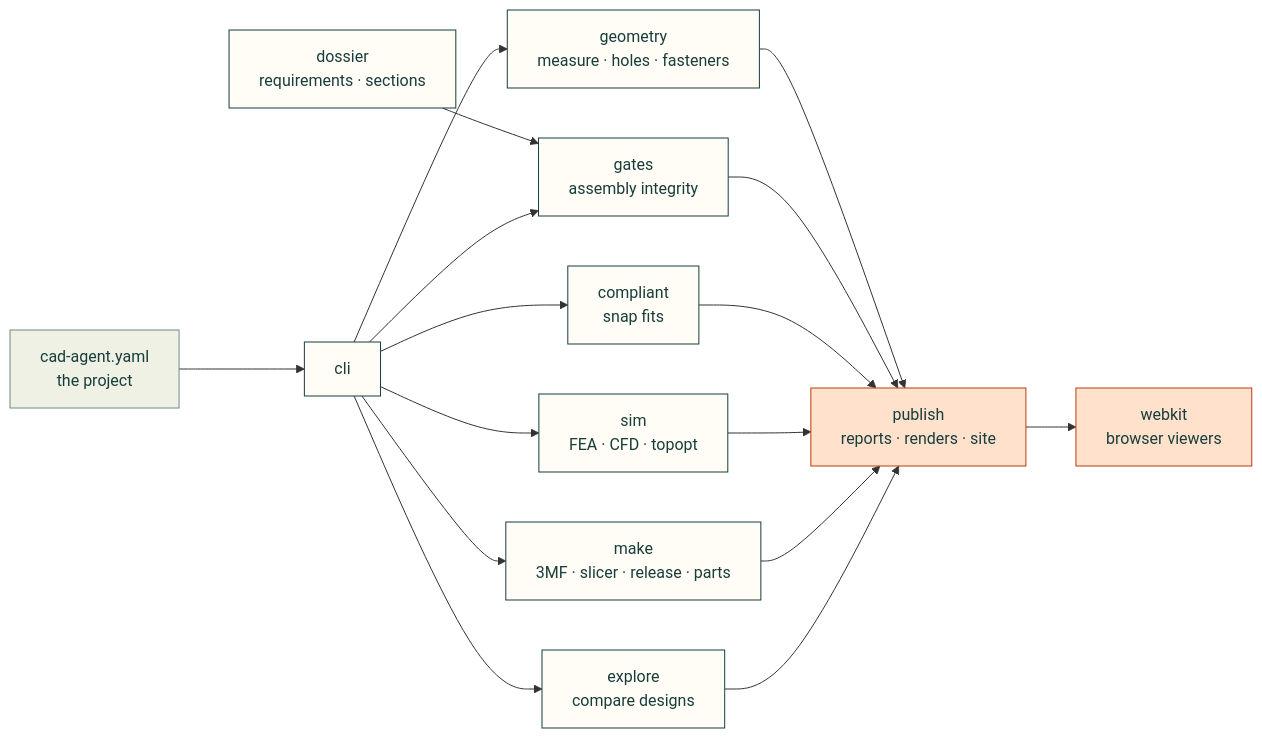
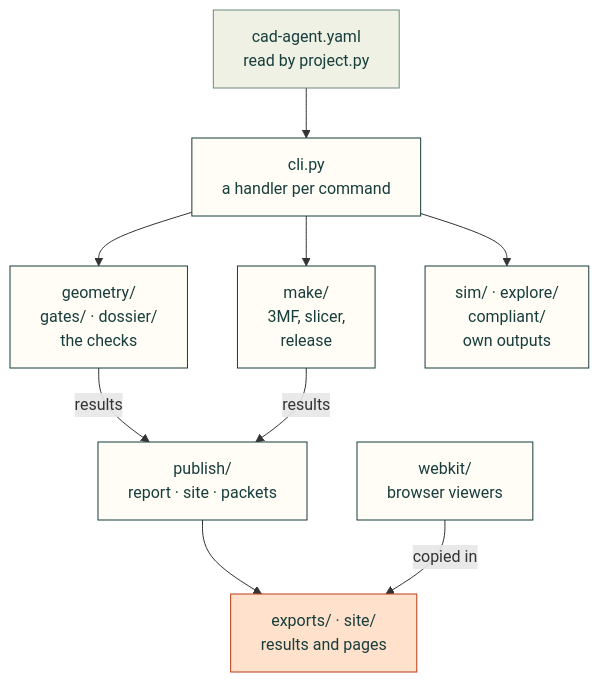
The diagram in src/cadagent/README.md (Valpatel/cad-agent), drawn with Mermaid before and after one commit. The commit also changed other lines of this file and 4 other files, not shown here.

First line of the commit message:
Package READMEs: diagrams top-down, arrows from the code

````diff
--- a/src/cadagent/README.md
+++ b/src/cadagent/README.md
@@ -6,19 +9,16 @@
 ```mermaid
-flowchart LR
-    Y["cad-agent.yaml<br/>the project"] --> CLI["cli"]
-    D["dossier<br/>requirements · sections"] --> GA
-    CLI --> G["geometry<br/>measure · holes · fasteners"]
-    CLI --> GA["gates<br/>assembly integrity"]
-    CLI --> C["compliant<br/>snap fits"]
-    CLI --> S["sim<br/>FEA · CFD · topopt"]
-    CLI --> MK["make<br/>3MF · slicer · release · parts"]
-    CLI --> E["explore<br/>compare designs"]
-    G & GA & C & S & MK & E --> P["publish<br/>reports · renders · site"]
-    P --> W["webkit<br/>browser viewers"]
+flowchart TD
+    Y["cad-agent.yaml<br/>read by project.py"] --> CLI["cli.py<br/>a handler per command"]
+    CLI --> CHK["geometry/<br/>gates/ · dossier/<br/>the checks"]
+    CLI --> MK["make/<br/>3MF, slicer,<br/>release"]
+    CLI --> OWN["sim/ · explore/<br/>compliant/<br/>own outputs"]
+    CHK & MK -->|"results"| P["publish/<br/>report · site · packets"]
+    P --> O["exports/ · site/<br/>results and pages"]
+    W["webkit/<br/>browser viewers"] -->|"copied in"| O
     classDef here fill:#fffdf5,stroke:#173d3c,color:#173d3c
     classDef near fill:#eef1e4,stroke:#6f8a80,color:#173d3c
     classDef out fill:#ffe1cc,stroke:#bd3a12,color:#173d3c
-    class CLI,G,GA,C,S,MK,E,D here
+    class CLI,CHK,MK,OWN,P,W here
     class Y near
-    class P,W out
+    class O out
 ```
````
